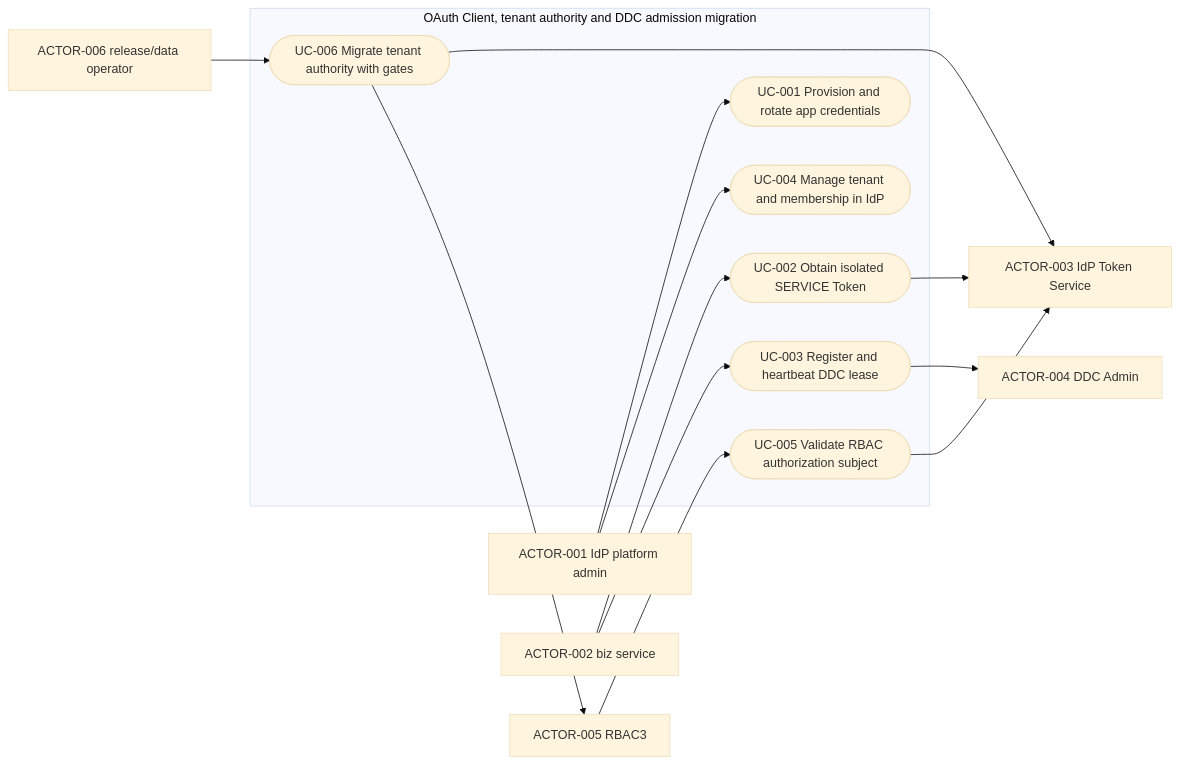
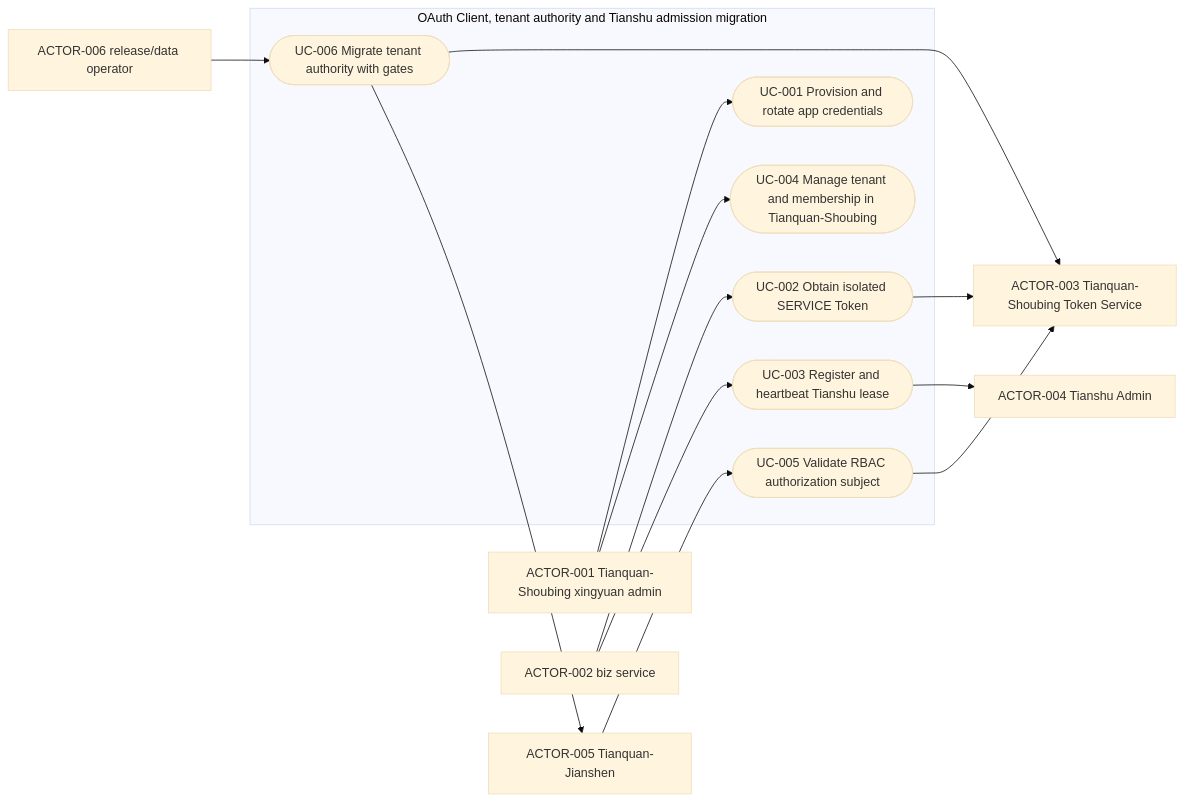
The first of 7 diagrams in docs/egon/spec/2026-08-21-07-51-idp-oauth-client-tenant-ownership.md (AllenDEricDAlexander/Egon-COLA), drawn with Mermaid (base theme) before and after one commit. The commit also changed other lines of this file and 233 other files, not shown here.

````diff
--- a/docs/egon/spec/2026-08-21-07-51-idp-oauth-client-tenant-ownership.md
+++ b/docs/egon/spec/2026-08-21-07-51-idp-oauth-client-tenant-ownership.md
@@ -195,27 +195,27 @@
 ```mermaid
 flowchart LR
-    Admin["ACTOR-001 IdP platform admin"]
+    Admin["ACTOR-001 Tianquan-Shoubing xingyuan admin"]
     Biz["ACTOR-002 biz service"]
-    Token["ACTOR-003 IdP Token Service"]
-    DDC["ACTOR-004 DDC Admin"]
-    RBAC["ACTOR-005 RBAC3"]
+    Token["ACTOR-003 Tianquan-Shoubing Token Service"]
+    Tianshu["ACTOR-004 Tianshu Admin"]
+    RBAC["ACTOR-005 Tianquan-Jianshen"]
     Operator["ACTOR-006 release/data operator"]
 
-    subgraph Scope["OAuth Client, tenant authority and DDC admission migration"]
+    subgraph Scope["OAuth Client, tenant authority and Tianshu admission migration"]
         UC001(["UC-001 Provision and rotate app credentials"])
         UC002(["UC-002 Obtain isolated SERVICE Token"])
-        UC003(["UC-003 Register and heartbeat DDC lease"])
-        UC004(["UC-004 Manage tenant and membership in IdP"])
+        UC003(["UC-003 Register and heartbeat Tianshu lease"])
+        UC004(["UC-004 Manage tenant and membership in Tianquan-Shoubing"])
         UC005(["UC-005 Validate RBAC authorization subject"])
         UC006(["UC-006 Migrate tenant authority with gates"])
     end
 
     Admin --> UC001
     Admin --> UC004
     Biz --> UC002 --> Token
-    Biz --> UC003 --> DDC
+    Biz --> UC003 --> Tianshu
     RBAC --> UC005 --> Token
     Operator --> UC006
     UC006 --> Token
     UC006 --> RBAC
 ```
````
